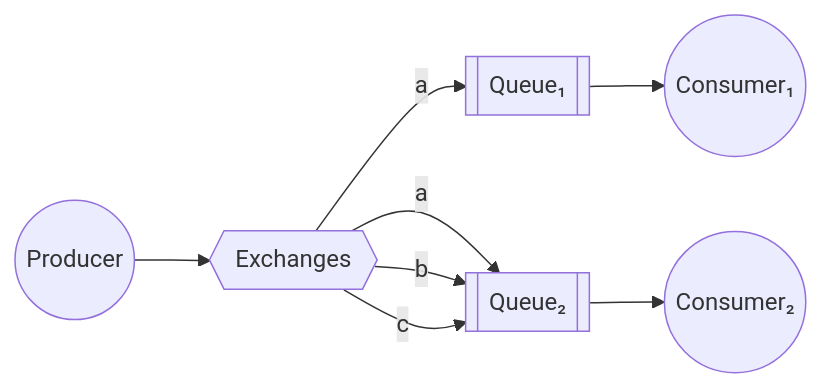
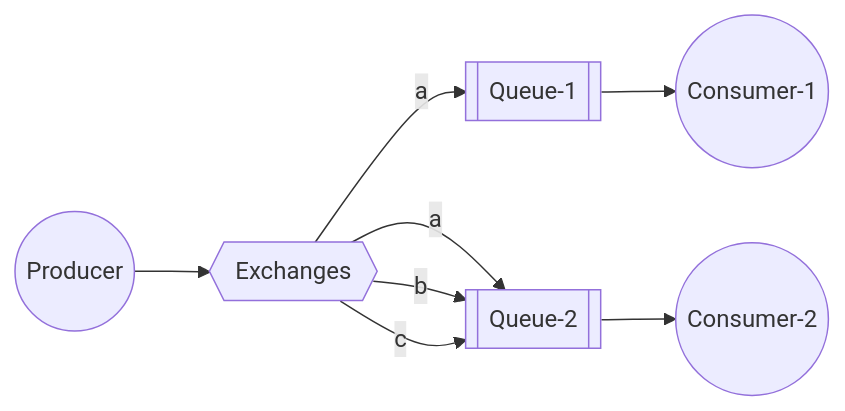
Before and after one commit to robert0714/Udemy_RabbitMQ_In_Practice_2022: the fourth of 6 diagrams in chapter05/README.md, drawn with Mermaid. The commit also changed other lines of this file, not shown here.

````diff
--- a/chapter05/README.md
+++ b/chapter05/README.md
@@ -67,23 +67,23 @@
 ```mermaid
 flowchart LR
     P((Producer))
     X{{Exchanges}}
-    Q1[[Queue₁]]
-    Q2[[Queue₂]]
-    C1((Consumer₁))
-    C2((Consumer₂))
+    Q1[[Queue-1]]
+    Q2[[Queue-2]]
+    C1((Consumer-1))
+    C2((Consumer-2))
 
     P --> X
     X -- a --> Q1 & Q2
     X -- b --> Q2
     X -- c --> Q2
     Q1 --> C1
     Q2 --> C2
 
     class P mermaid-producer
     class X mermaid-exchange
     class Q1 mermaid-queue
     class Q2 mermaid-queue
     class C1 mermaid-consumer
     class C2 mermaid-consumer
 ```
````
